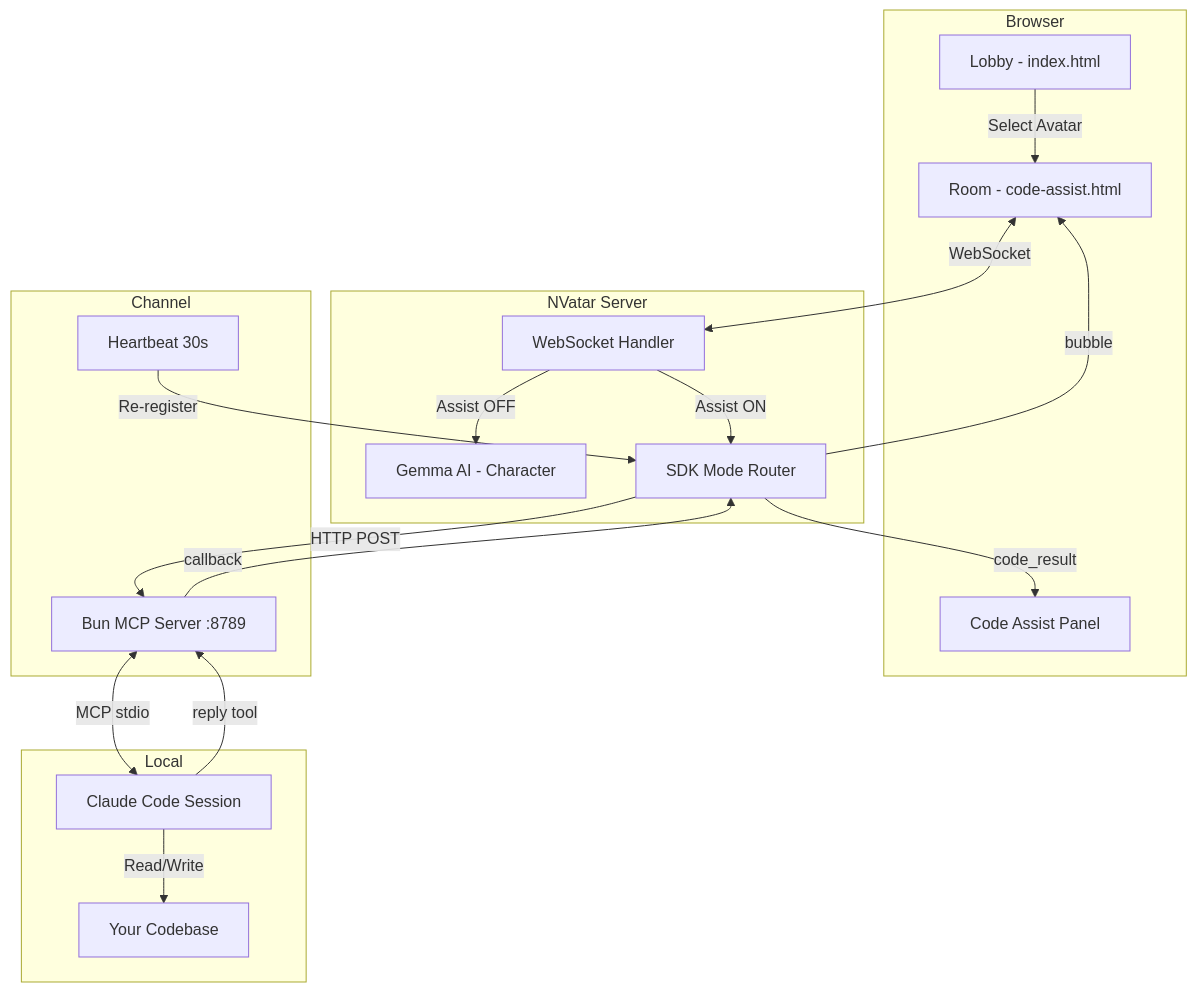
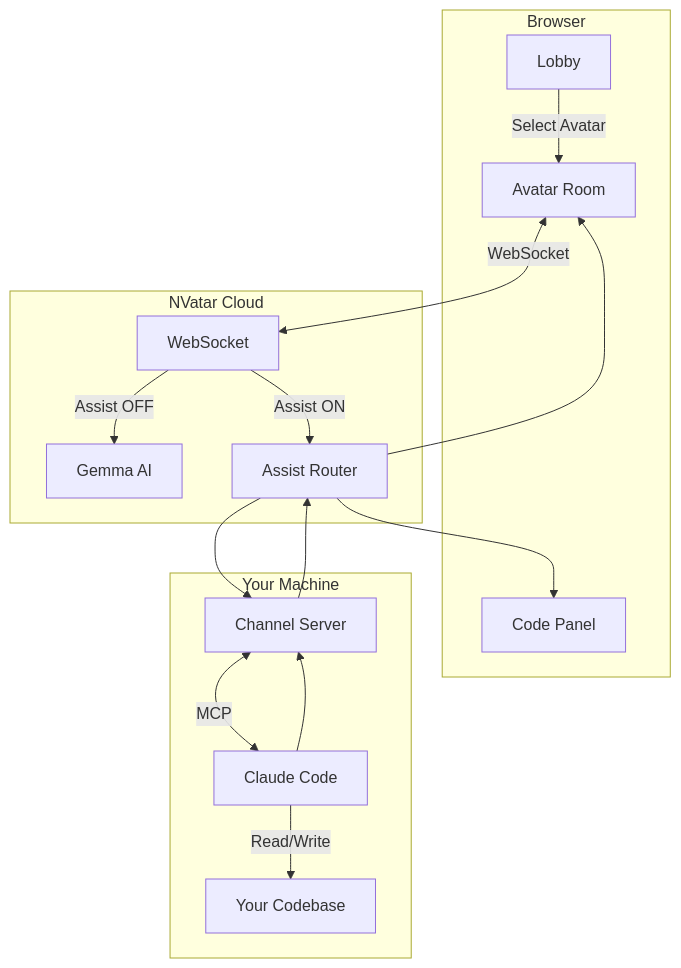
One commit to nskit-io/nvatar-code-assist changed the fourth of 5 diagrams in README.md. Above: the diagram before and after it, drawn with Mermaid. The commit also changed other lines of this file, not shown here.

````diff
--- a/README.md
+++ b/README.md
@@ -127,37 +130,32 @@
 ```mermaid
 graph TB
     subgraph Browser
-        L[Lobby - index.html]
-        R[Room - code-assist.html]
-        CP[Code Assist Panel]
+        L[Lobby]
+        R[Avatar Room]
+        CP[Code Panel]
     end
 
-    subgraph NVatar Server
-        WS[WebSocket Handler]
-        GM[Gemma AI - Character]
-        SDK[SDK Mode Router]
+    subgraph NVatar Cloud
+        WS[WebSocket]
+        GM[Gemma AI]
+        SDK[Assist Router]
     end
 
-    subgraph Channel
-        BUN[Bun MCP Server :8789]
-        HB[Heartbeat 30s]
-    end
-
-    subgraph Local
-        CC[Claude Code Session]
+    subgraph Your Machine
+        BUN[Channel Server]
+        CC[Claude Code]
         FS[Your Codebase]
     end
 
     L -->|Select Avatar| R
     R <-->|WebSocket| WS
     WS -->|Assist OFF| GM
     WS -->|Assist ON| SDK
-    SDK -->|HTTP POST| BUN
-    BUN <-->|MCP stdio| CC
+    SDK --> BUN
+    BUN <-->|MCP| CC
     CC -->|Read/Write| FS
-    CC -->|reply tool| BUN
-    BUN -->|callback| SDK
-    SDK -->|bubble| R
-    SDK -->|code_result| CP
-    HB -->|Re-register| SDK
+    CC --> BUN
+    BUN --> SDK
+    SDK --> R
+    SDK --> CP
 ```
````
